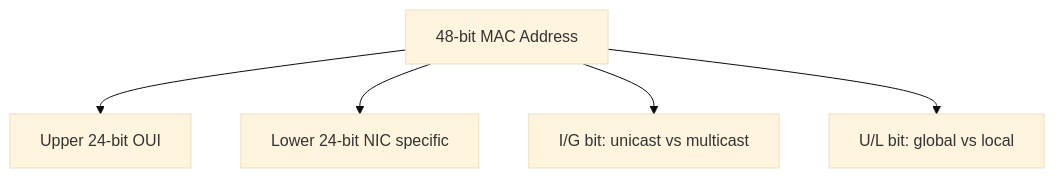
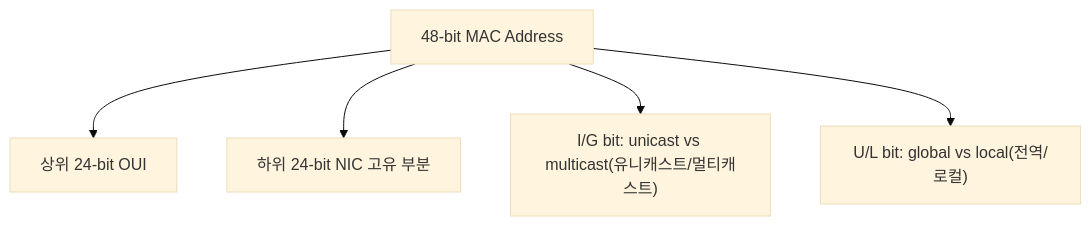
One commit to mandoobox/mandoobox.github.io changed the sixth of 39 diagrams in _posts/cs-note/2026-02-27-network.md. Above: the diagram before and after it, drawn with Mermaid (base theme). The commit also changed other lines of this file and 18 other files, not shown here.

````diff
--- a/_posts/cs-note/2026-02-27-network.md
+++ b/_posts/cs-note/2026-02-27-network.md
@@ -173,7 +173,7 @@
 ```mermaid
 flowchart TD
-  MAC["48-bit MAC Address"] --> OUI["Upper 24-bit OUI"]
-  MAC --> NIC["Lower 24-bit NIC specific"]
-  MAC --> B0["I/G bit: unicast vs multicast"]
-  MAC --> B1["U/L bit: global vs local"]
+  MAC["48-bit MAC Address"] --> OUI["상위 24-bit OUI"]
+  MAC --> NIC["하위 24-bit NIC 고유 부분"]
+  MAC --> B0["I/G bit: unicast vs multicast(유니캐스트/멀티캐스트)"]
+  MAC --> B1["U/L bit: global vs local(전역/로컬)"]
 ```
````
